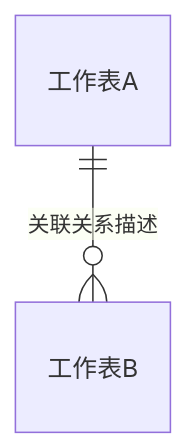
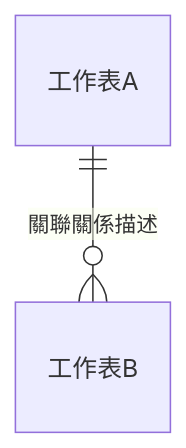
One commit to apsm-niio/niio-skills changed the diagram in skills/mcp/hap-mcp-app-builder/plan/1a_plan_overview.md. Above: the diagram before and after it, drawn with Mermaid. The commit also changed 62 other files, not shown here.

````diff
--- a/skills/mcp/hap-mcp-app-builder/plan/1a_plan_overview.md
+++ b/skills/mcp/hap-mcp-app-builder/plan/1a_plan_overview.md
@@ -82,4 +82,4 @@
 ```mermaid
 erDiagram
-    "工作表A" ||--o{ "工作表B" : "关联关系描述"
+    "工作表A" ||--o{ "工作表B" : "關聯關係描述"
 ```
````
